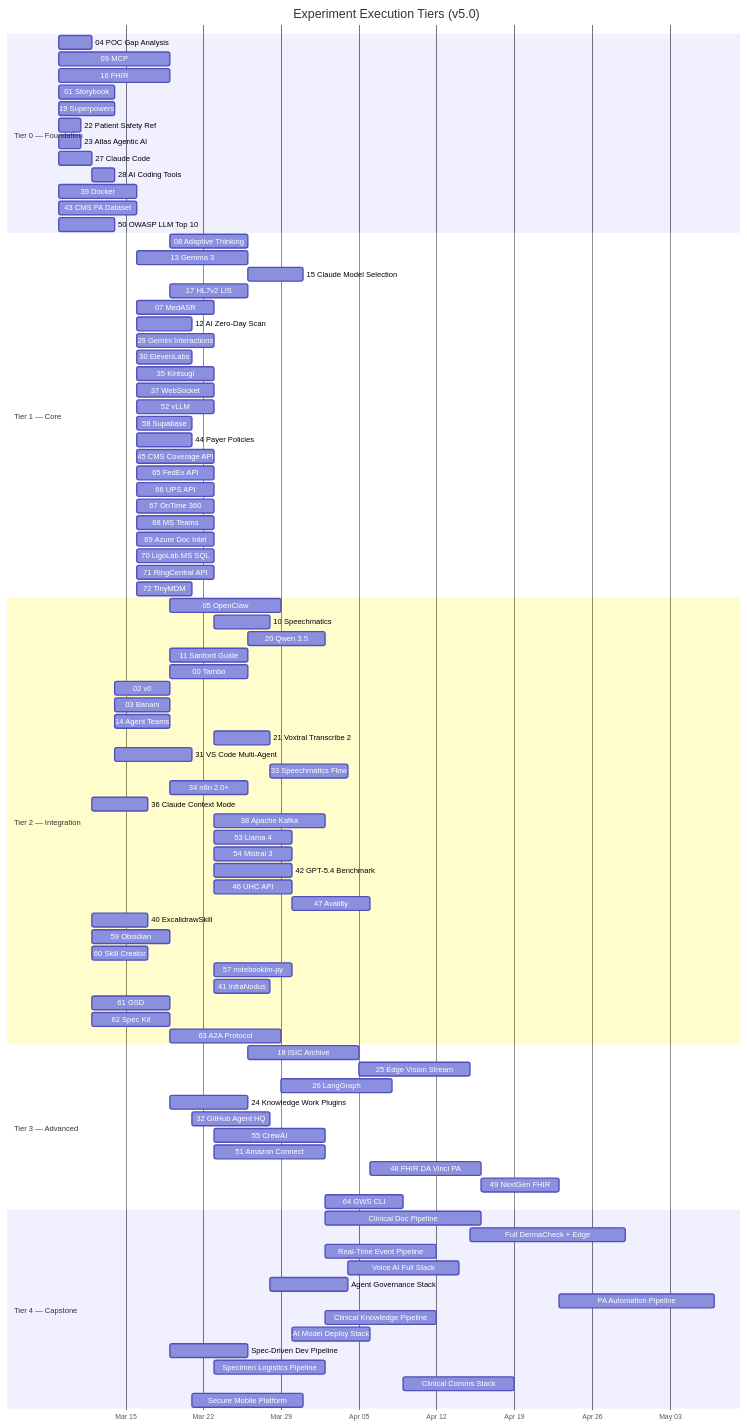
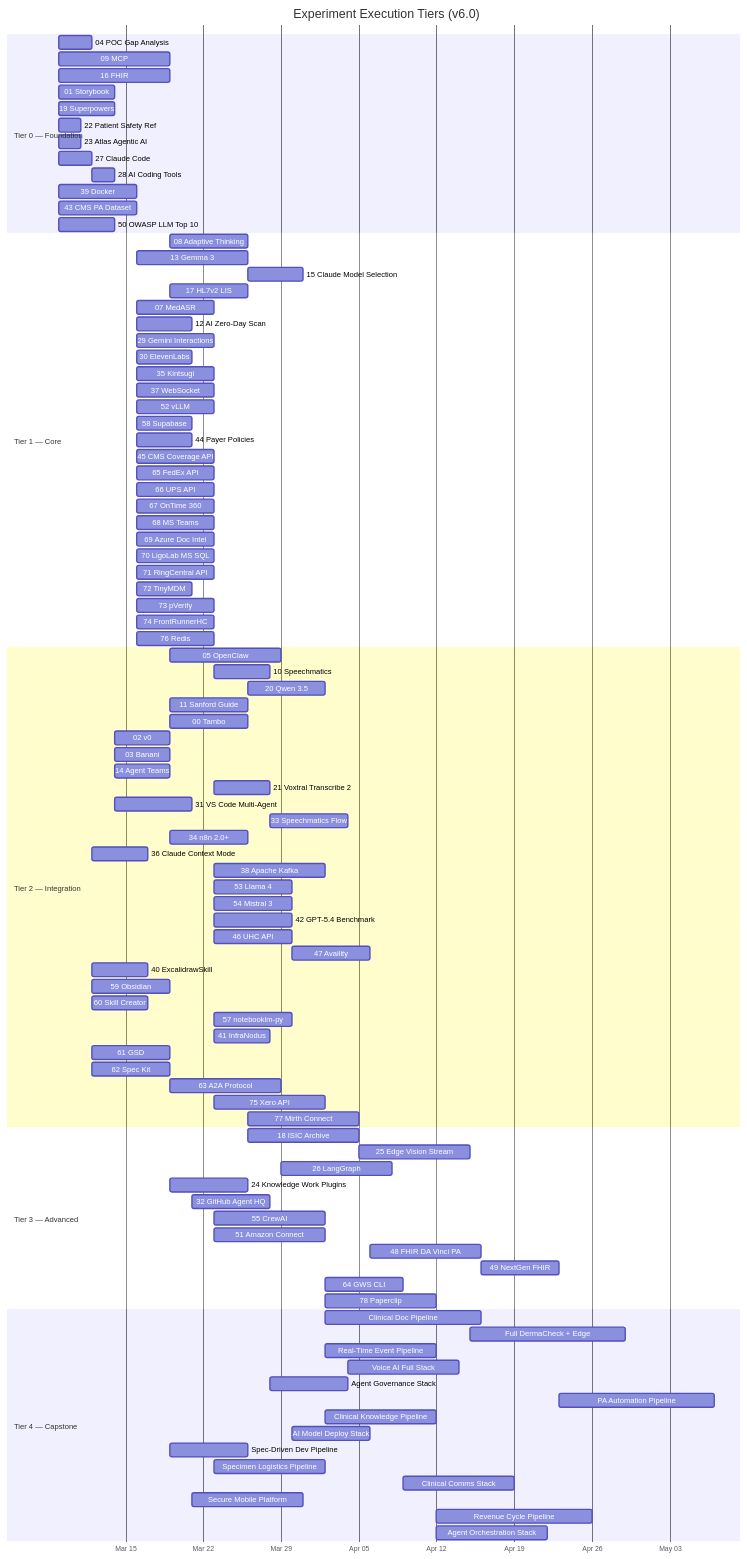
Before and after one commit to ammar-utexas/demo: the second of 4 diagrams in docs/experiments/00-Experiment-Interconnection-Roadmap.md, drawn with Mermaid. The commit also changed other lines of this file and 13 other files, not shown here.

First line of the commit message:
Add Paperclip AI experiment docs (Exp 78), update roadmap to v6.0 with experiments 73-78, regenerate all category PNG diagrams

````diff
--- a/docs/experiments/00-Experiment-Interconnection-Roadmap.md
+++ b/docs/experiments/00-Experiment-Interconnection-Roadmap.md
@@ -566,6 +637,6 @@
 ```mermaid
 gantt
-    title Experiment Execution Tiers (v5.0)
+    title Experiment Execution Tiers (v6.0)
     dateFormat YYYY-MM-DD
     axisFormat %b %d
 
@@ -606,6 +677,9 @@
     70 LigoLab MS SQL          :t70, 2026-03-16, 7d
     71 RingCentral API         :t71, 2026-03-16, 7d
     72 TinyMDM                 :t72, 2026-03-16, 5d
+    73 pVerify                 :t73, 2026-03-16, 7d
+    74 FrontRunnerHC            :t74, 2026-03-16, 7d
+    76 Redis                    :t76, 2026-03-16, 7d
 
     section Tier 2 — Integration
     05 OpenClaw                :t05, after t09, 10d
@@ -635,6 +709,8 @@
     61 GSD                     :t61, after t27, 7d
     62 Spec Kit                :t62, after t27, 7d
     63 A2A Protocol             :t63, after t09, 10d
+    75 Xero API                :t75, after t73, 10d
+    77 Mirth Connect            :t77, after t17, 10d
 
     section Tier 3 — Advanced
     18 ISIC Archive            :t18, after t13, 10d
@@ -647,6 +723,7 @@
     48 FHIR DA Vinci PA        :t48, after t47, 10d
     49 NextGen FHIR            :t49, after t48, 7d
     64 GWS CLI                 :t64, after t55, 7d
+    78 Paperclip                :t78, after t75, 10d
 
     section Tier 4 — Capstone
     Clinical Doc Pipeline      :t_cdp, after t55, 14d
@@ -661,4 +738,6 @@
     Specimen Logistics Pipeline:t_slp, after t67, 10d
     Clinical Comms Stack       :t_ccs, after t64, 10d
     Secure Mobile Platform     :t_smp, after t72, 10d
+    Revenue Cycle Pipeline     :t_rcp, after t78, 14d
+    Agent Orchestration Stack  :t_aos, after t78, 10d
 ```
````
